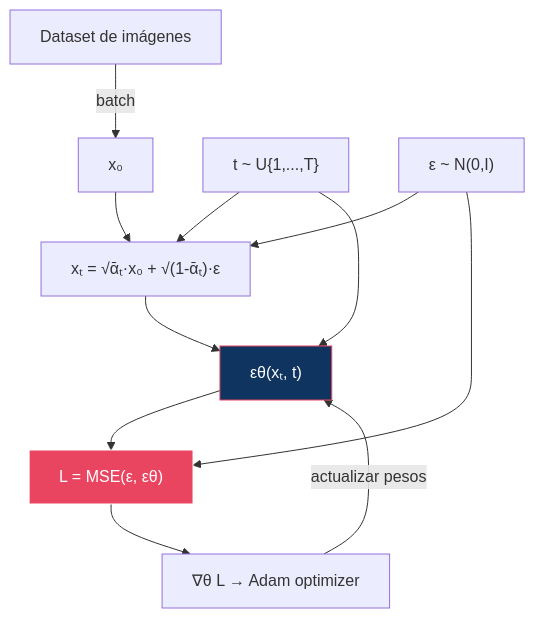
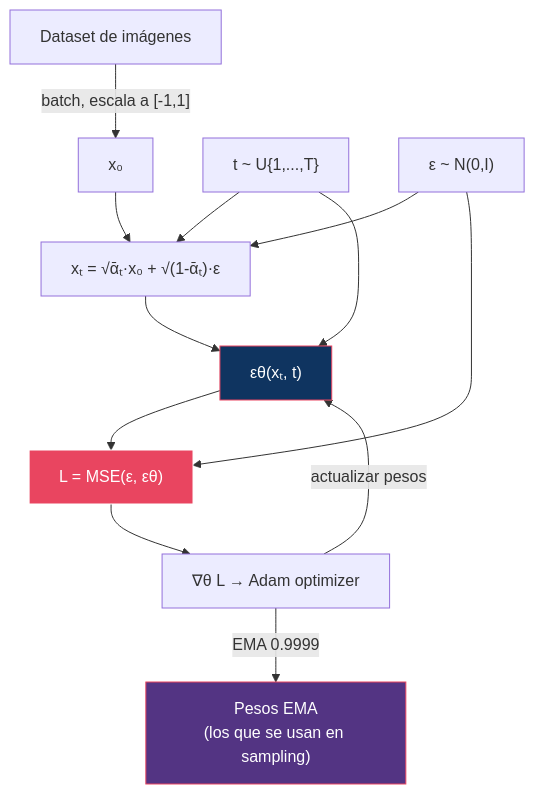
Before and after one commit to DavidDevGt/DifusionReal: the second of 4 diagrams in 02-ddpm/README.md, drawn with Mermaid. The commit also changed other lines of this file, not shown here.

````diff
--- a/02-ddpm/README.md
+++ b/02-ddpm/README.md
@@ -117,19 +155,21 @@
 ```mermaid
 graph TB
-    DATA["Dataset de imágenes"] -->|"batch"| X0["x₀"]
+    DATA["Dataset de imágenes"] -->|"batch, escala a [-1,1]"| X0["x₀"]
     TSAMP["t ~ U{1,...,T}"] --> NOISE_STEP
     ESAMP["ε ~ N(0,I)"] --> NOISE_STEP["xₜ = √ᾱₜ·x₀ + √(1-ᾱₜ)·ε"]
     X0 --> NOISE_STEP
 
     NOISE_STEP --> UNET["εθ(xₜ, t)"]
     TSAMP --> UNET
 
     UNET --> LOSS["L = MSE(ε, εθ)"]
     ESAMP --> LOSS
 
     LOSS --> GRAD["∇θ L → Adam optimizer"]
     GRAD -->|"actualizar pesos"| UNET
+    GRAD -->|"EMA 0.9999"| EMAW["Pesos EMA<br/>(los que se usan en sampling)"]
 
     style UNET fill:#0f3460,stroke:#e94560,color:#fff
     style LOSS fill:#e94560,stroke:#fff,color:#fff
+    style EMAW fill:#533483,stroke:#e94560,color:#fff
 ```
````
